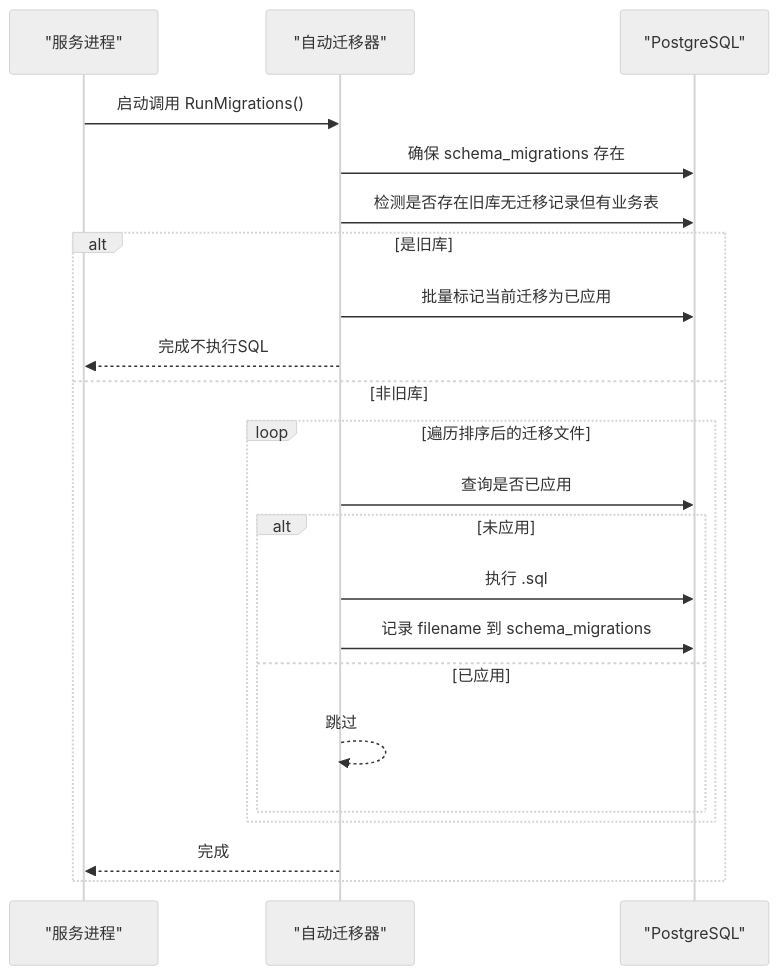
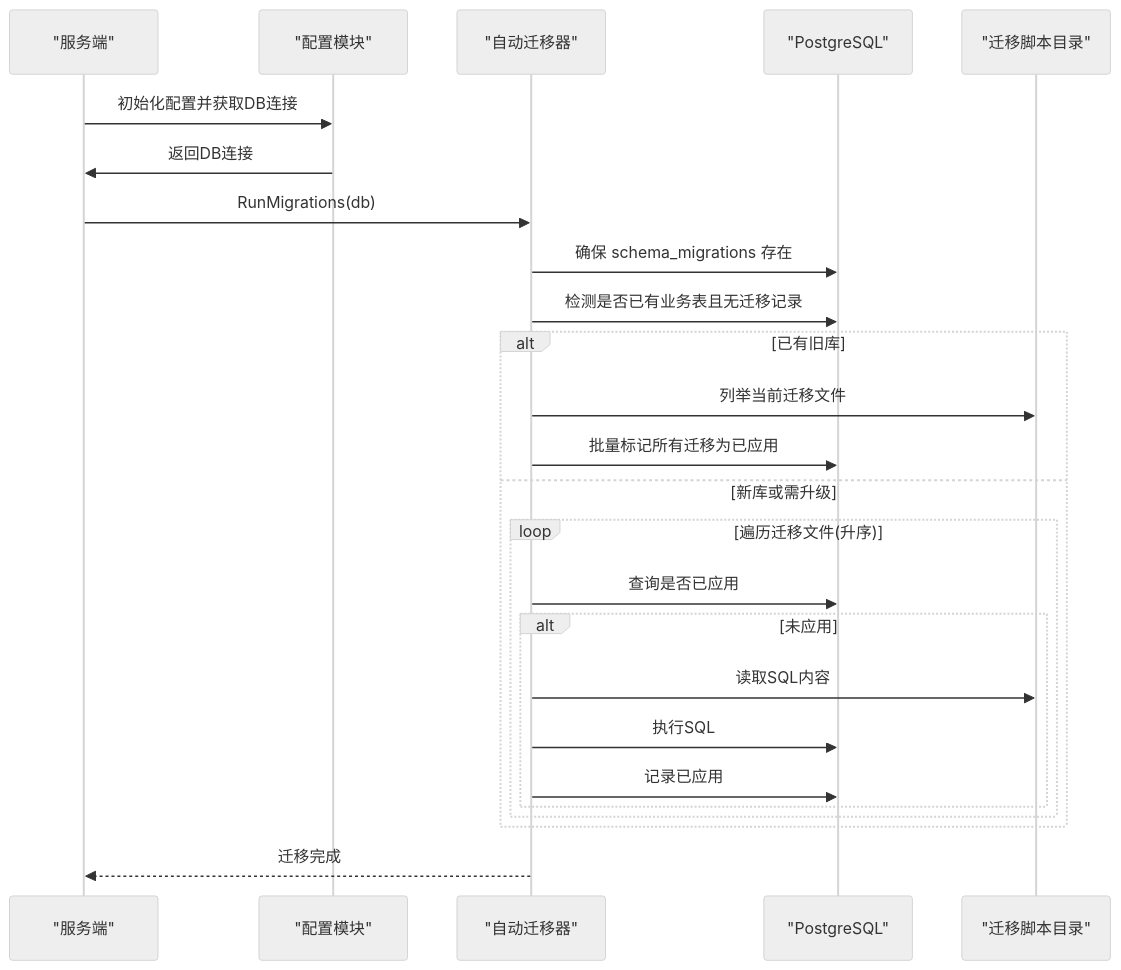
The second of 5 diagrams in .qoder/repowiki/zh/content/云端后端服务/数据存储层/数据迁移管理.md (alvinwangzi/goodhr), drawn with Mermaid (neutral theme) before and after one commit. The commit also changed other lines of this file and 149 other files, not shown here.

````diff
--- a/.qoder/repowiki/zh/content/云端后端服务/数据存储层/数据迁移管理.md
+++ b/.qoder/repowiki/zh/content/云端后端服务/数据存储层/数据迁移管理.md
@@ -78,24 +81,27 @@
 ```mermaid
 sequenceDiagram
-participant S as "服务进程"
+participant S as "服务端"
+participant C as "配置模块"
 participant M as "自动迁移器"
 participant DB as "PostgreSQL"
-S->>M : 启动调用 RunMigrations()
+participant FS as "迁移脚本目录"
+S->>C : 初始化配置并获取DB连接
+C->>S : 返回DB连接
+S->>M : RunMigrations(db)
 M->>DB : 确保 schema_migrations 存在
-M->>DB : 检测是否存在旧库无迁移记录但有业务表
-alt 是旧库
-M->>DB : 批量标记当前迁移为已应用
-M-->>S : 完成不执行SQL
-else 非旧库
-loop 遍历排序后的迁移文件
+M->>DB : 检测是否已有业务表且无迁移记录
+alt 已有旧库
+M->>FS : 列举当前迁移文件
+M->>DB : 批量标记所有迁移为已应用
+else 新库或需升级
+loop 遍历迁移文件(升序)
 M->>DB : 查询是否已应用
 alt 未应用
-M->>DB : 执行 .sql
-M->>DB : 记录 filename 到 schema_migrations
-else 已应用
-M-->>M : 跳过
+M->>FS : 读取SQL内容
+M->>DB : 执行SQL
+M->>DB : 记录已应用
 end
 end
-M-->>S : 完成
 end
+M-->>S : 迁移完成
 ```
````
